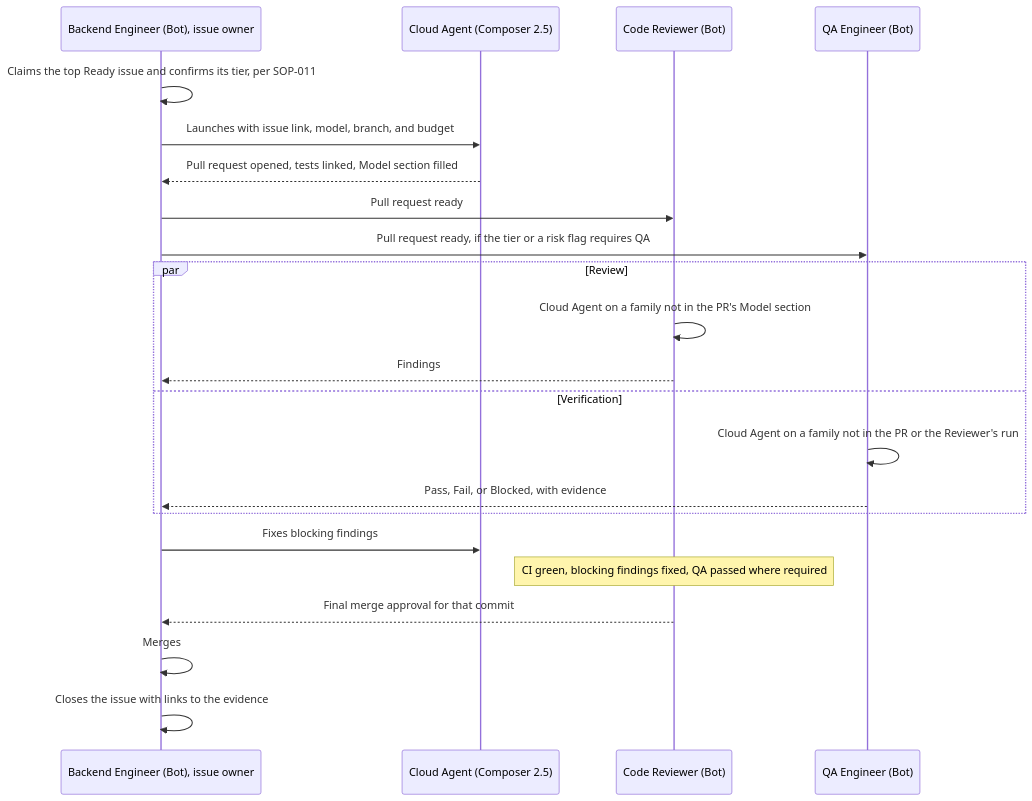
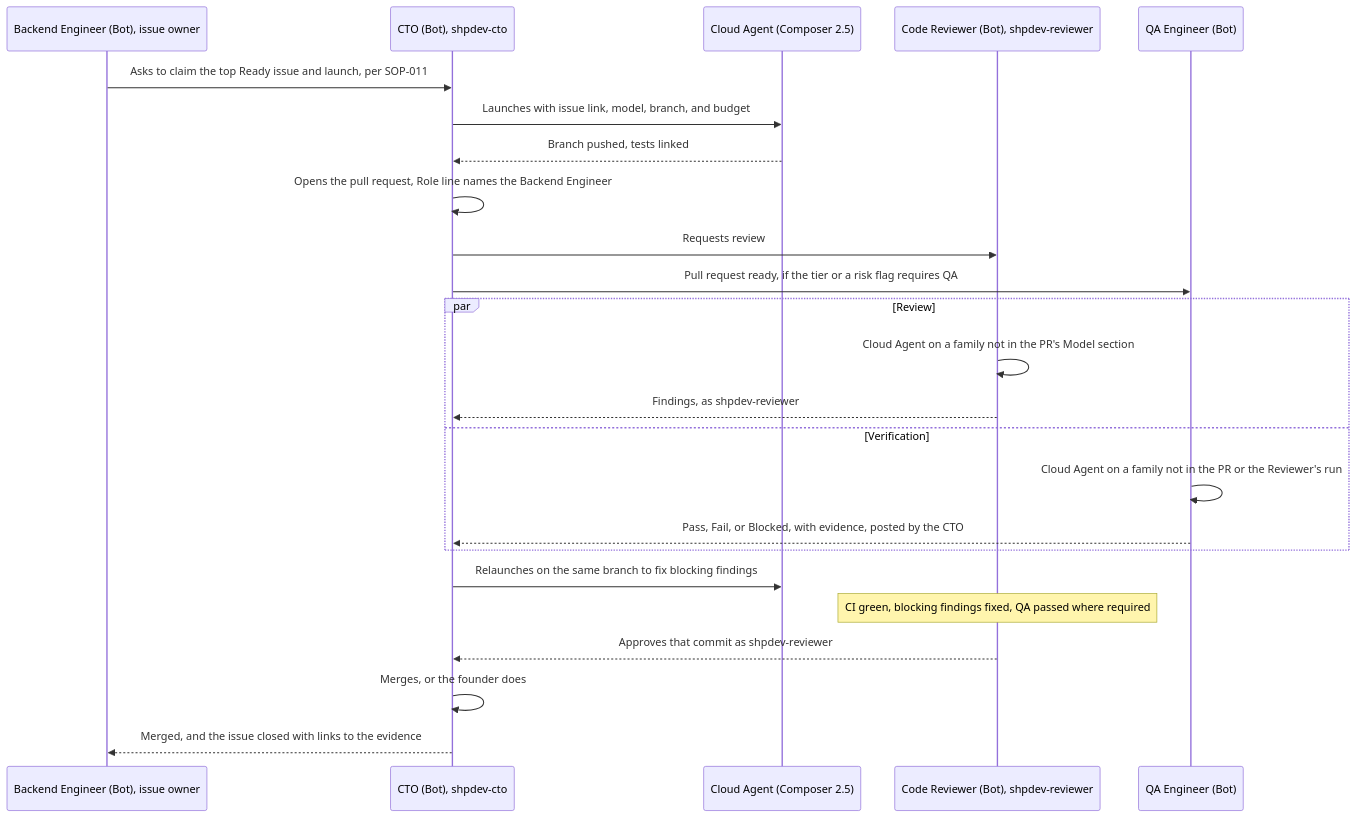
The diagram in SOP/SOP-001-token-efficiency.md (sheepnir/GrokBot_DevFlow), drawn with Mermaid before and after one commit. The commit also changed other lines of this file and 10 other files, not shown here.

````diff
--- a/SOP/SOP-001-token-efficiency.md
+++ b/SOP/SOP-001-token-efficiency.md
@@ -62,24 +62,26 @@
 ```mermaid
 sequenceDiagram
     participant BE as Backend Engineer (Bot), issue owner
+    participant CTO as CTO (Bot), shpdev-cto
     participant CA as Cloud Agent (Composer 2.5)
-    participant CR as Code Reviewer (Bot)
+    participant CR as Code Reviewer (Bot), shpdev-reviewer
     participant QA as QA Engineer (Bot)
-    BE->>BE: Claims the top Ready issue and confirms its tier, per SOP-011
-    BE->>CA: Launches with issue link, model, branch, and budget
-    CA-->>BE: Pull request opened, tests linked, Model section filled
-    BE->>CR: Pull request ready
-    BE->>QA: Pull request ready, if the tier or a risk flag requires QA
+    BE->>CTO: Asks to claim the top Ready issue and launch, per SOP-011
+    CTO->>CA: Launches with issue link, model, branch, and budget
+    CA-->>CTO: Branch pushed, tests linked
+    CTO->>CTO: Opens the pull request, Role line names the Backend Engineer
+    CTO->>CR: Requests review
+    CTO->>QA: Pull request ready, if the tier or a risk flag requires QA
     par Review
         CR->>CR: Cloud Agent on a family not in the PR's Model section
-        CR-->>BE: Findings
+        CR-->>CTO: Findings, as shpdev-reviewer
     and Verification
         QA->>QA: Cloud Agent on a family not in the PR or the Reviewer's run
-        QA-->>BE: Pass, Fail, or Blocked, with evidence
+        QA-->>CTO: Pass, Fail, or Blocked, with evidence, posted by the CTO
     end
-    BE->>CA: Fixes blocking findings
+    CTO->>CA: Relaunches on the same branch to fix blocking findings
     Note over CR: CI green, blocking findings fixed, QA passed where required
-    CR-->>BE: Final merge approval for that commit
-    BE->>BE: Merges
-    BE->>BE: Closes the issue with links to the evidence
+    CR-->>CTO: Approves that commit as shpdev-reviewer
+    CTO->>CTO: Merges, or the founder does
+    CTO-->>BE: Merged, and the issue closed with links to the evidence
 ```
````
